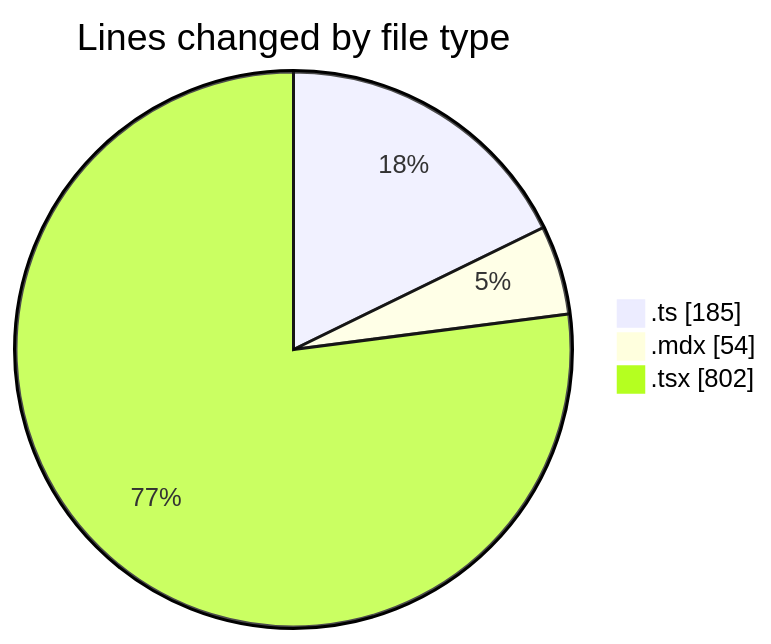
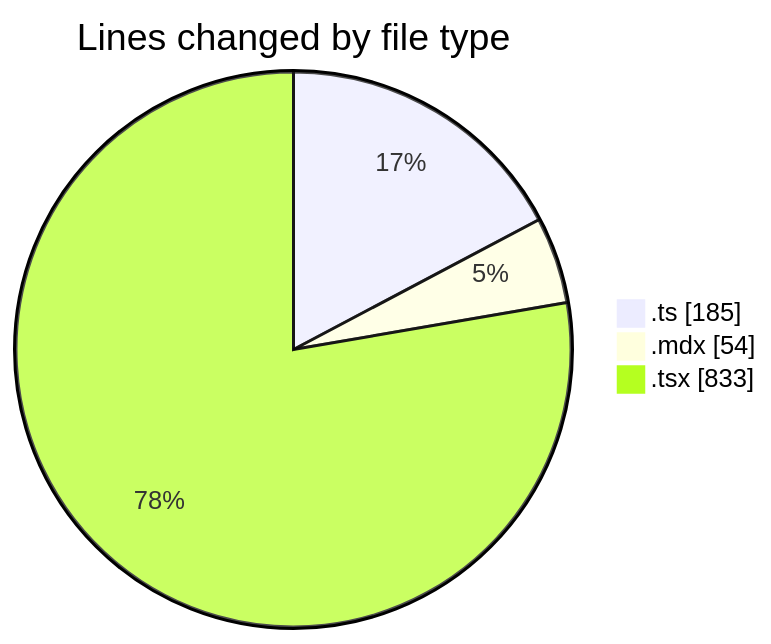
Before and after one commit to Elitesun/code-tracking: the first of 2 diagrams in 2025-05-25/elitesun/README.md, drawn with Mermaid. The commit also changed other lines of this file and 1 other file, not shown here.

````diff
--- a/2025-05-25/elitesun/README.md
+++ b/2025-05-25/elitesun/README.md
@@ -30,7 +30,7 @@
 ```mermaid
 pie showData
 title Lines changed by file type
 ".ts" : 185
 ".mdx" : 54
-".tsx" : 802
+".tsx" : 833
 ```
````
